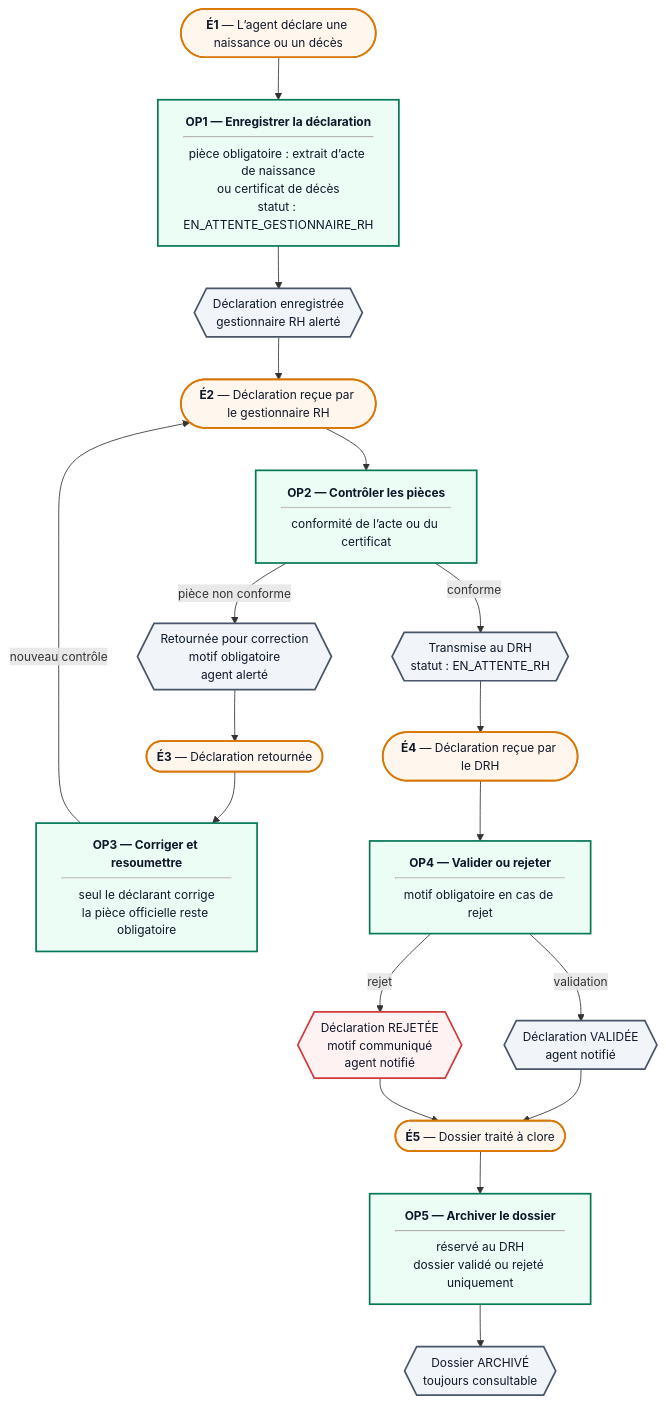
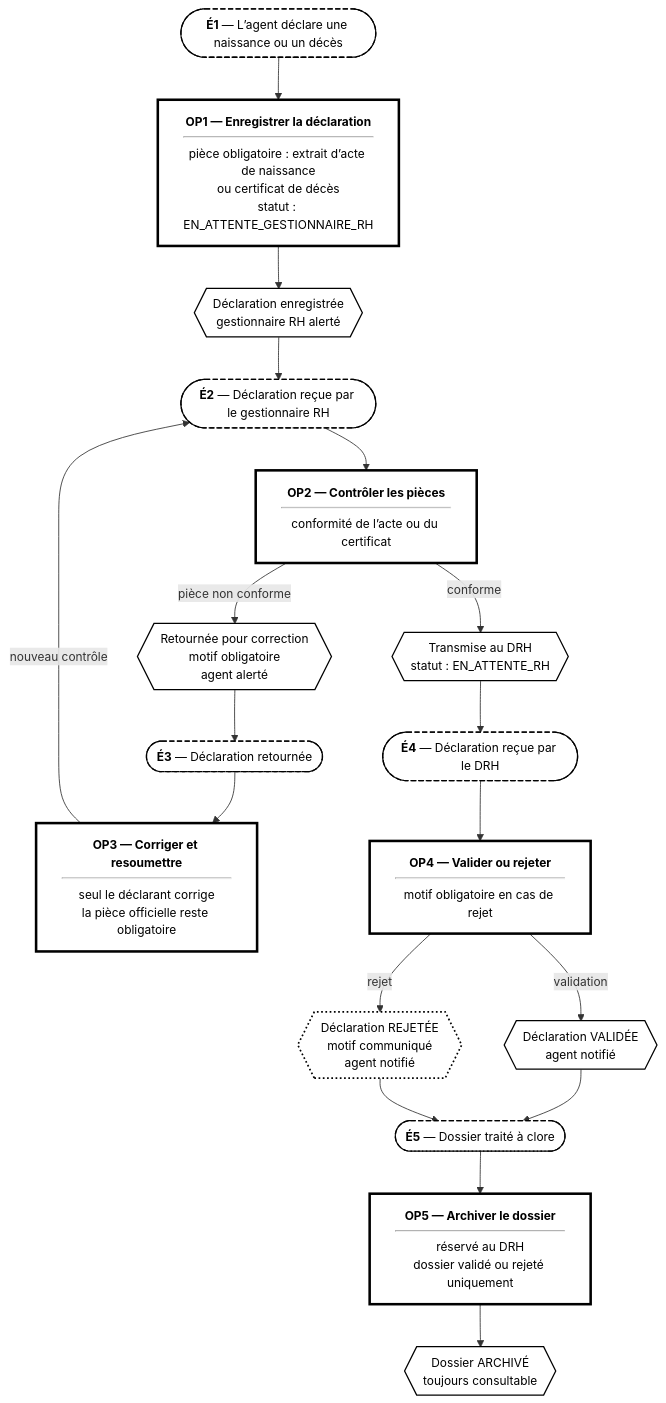
One commit to MOMOBHY/APPLARAVEL changed the sixth of 10 diagrams in docs/MERISE.md. Above: the diagram before and after it, drawn with Mermaid. The commit also changed other lines of this file and 1 other file, not shown here.

````diff
--- a/docs/MERISE.md
+++ b/docs/MERISE.md
@@ -242,41 +242,41 @@
 ```mermaid
 %%{init: {'flowchart': {'htmlLabels': true, 'curve': 'basis'}, 'themeVariables': {'fontSize': '14px'}}}%%
 flowchart TB
-  classDef ev fill:#fff7ed,stroke:#d97706,stroke-width:2px,color:#0f172a
-  classDef op fill:#ecfdf5,stroke:#047857,stroke-width:2px,color:#0f172a
-  classDef re fill:#f1f5f9,stroke:#475569,stroke-width:2px,color:#0f172a
-  classDef ko fill:#fef2f2,stroke:#d03b3b,stroke-width:2px,color:#0f172a
+  classDef ev fill:#ffffff,stroke:#000000,stroke-width:1.5px,stroke-dasharray:6 3,color:#000000
+  classDef op fill:#ffffff,stroke:#000000,stroke-width:3px,color:#000000
+  classDef re fill:#ffffff,stroke:#000000,stroke-width:1.5px,color:#000000
+  classDef ko fill:#ffffff,stroke:#000000,stroke-width:2px,stroke-dasharray:2 3,color:#000000
   E1(["<b>É1</b> — L’agent déclare une naissance ou un décès"]):::ev
   O1["<b>OP1 — Enregistrer la déclaration</b><hr/>pièce obligatoire : extrait d’acte de naissance<br/>ou certificat de décès<br/>statut : EN_ATTENTE_GESTIONNAIRE_RH"]:::op
   R1{{"Déclaration enregistrée<br/>gestionnaire RH alerté"}}:::re
   E2(["<b>É2</b> — Déclaration reçue par le gestionnaire RH"]):::ev
   O2["<b>OP2 — Contrôler les pièces</b><hr/>conformité de l’acte ou du certificat"]:::op
   E1 --> O1
   O1 --> R1
   R1 --> E2
   E2 --> O2
   R2a{{"Retournée pour correction<br/>motif obligatoire<br/>agent alerté"}}:::re
   R2b{{"Transmise au DRH<br/>statut : EN_ATTENTE_RH"}}:::re
   O2 -->|"pièce non conforme"| R2a
   O2 -->|"conforme"| R2b
   E3(["<b>É3</b> — Déclaration retournée"]):::ev
   O3["<b>OP3 — Corriger et resoumettre</b><hr/>seul le déclarant corrige<br/>la pièce officielle reste obligatoire"]:::op
   R2a --> E3
   E3 --> O3
   O3 -->|"nouveau contrôle"| E2
   E4(["<b>É4</b> — Déclaration reçue par le DRH"]):::ev
   O4["<b>OP4 — Valider ou rejeter</b><hr/>motif obligatoire en cas de rejet"]:::op
   E4 --> O4
   R4a{{"Déclaration VALIDÉE<br/>agent notifié"}}:::re
   R4b{{"Déclaration REJETÉE<br/>motif communiqué<br/>agent notifié"}}:::ko
   O4 -->|"validation"| R4a
   O4 -->|"rejet"| R4b
   E5(["<b>É5</b> — Dossier traité à clore"]):::ev
   O5["<b>OP5 — Archiver le dossier</b><hr/>réservé au DRH<br/>dossier validé ou rejeté uniquement"]:::op
   R5{{"Dossier ARCHIVÉ<br/>toujours consultable"}}:::re
   R4a --> E5
   R4b --> E5
   E5 --> O5
   O5 --> R5
   R2b --> E4
 ```
````
